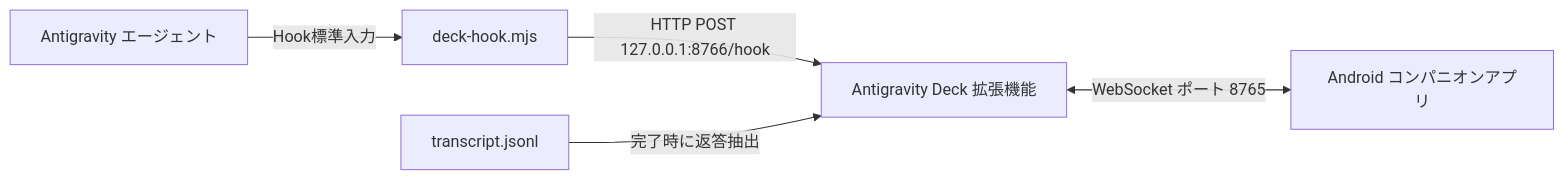
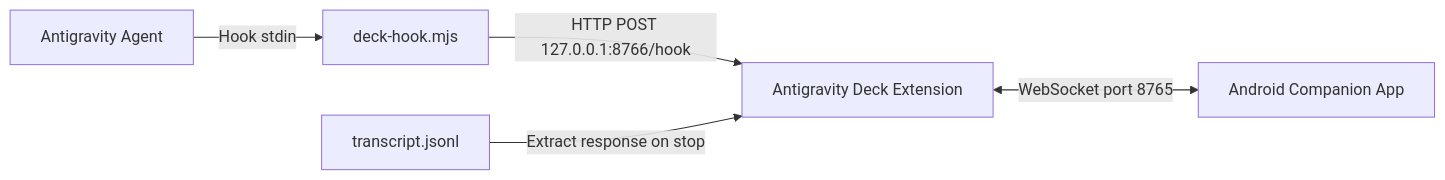
One commit to Altairu/Antigravity-Deck changed the diagram in README.md. Above: the diagram before and after it, drawn with Mermaid. The commit also changed other lines of this file and 18 other files, not shown here.

````diff
--- a/README.md
+++ b/README.md
@@ -41,7 +43,7 @@
 ```mermaid
 flowchart LR
-    AG[Antigravity エージェント] -->|"Hook標準入力"| HK[deck-hook.mjs]
-    HK -->|"HTTP POST 127.0.0.1:8766/hook"| EX[Antigravity Deck 拡張機能]
-    TR[transcript.jsonl] -->|"完了時に返答抽出"| EX
-    EX <-->|"WebSocket ポート 8765"| AN[Android コンパニオンアプリ]
+    AG[Antigravity Agent] -->|"Hook stdin"| HK[deck-hook.mjs]
+    HK -->|"HTTP POST 127.0.0.1:8766/hook"| EX[Antigravity Deck Extension]
+    TR[transcript.jsonl] -->|"Extract response on stop"| EX
+    EX <-->|"WebSocket port 8765"| AN[Android Companion App]
 ```
````
